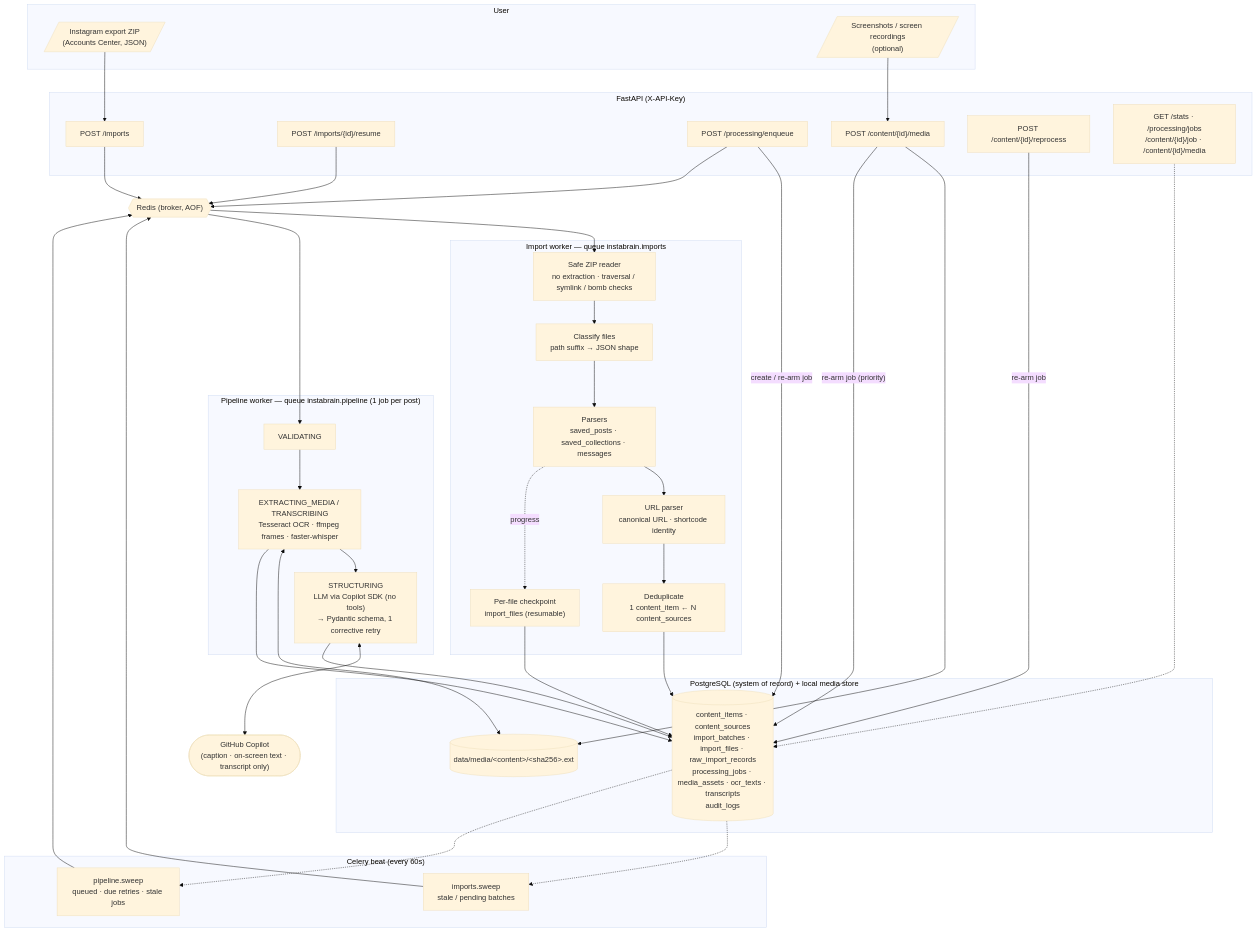
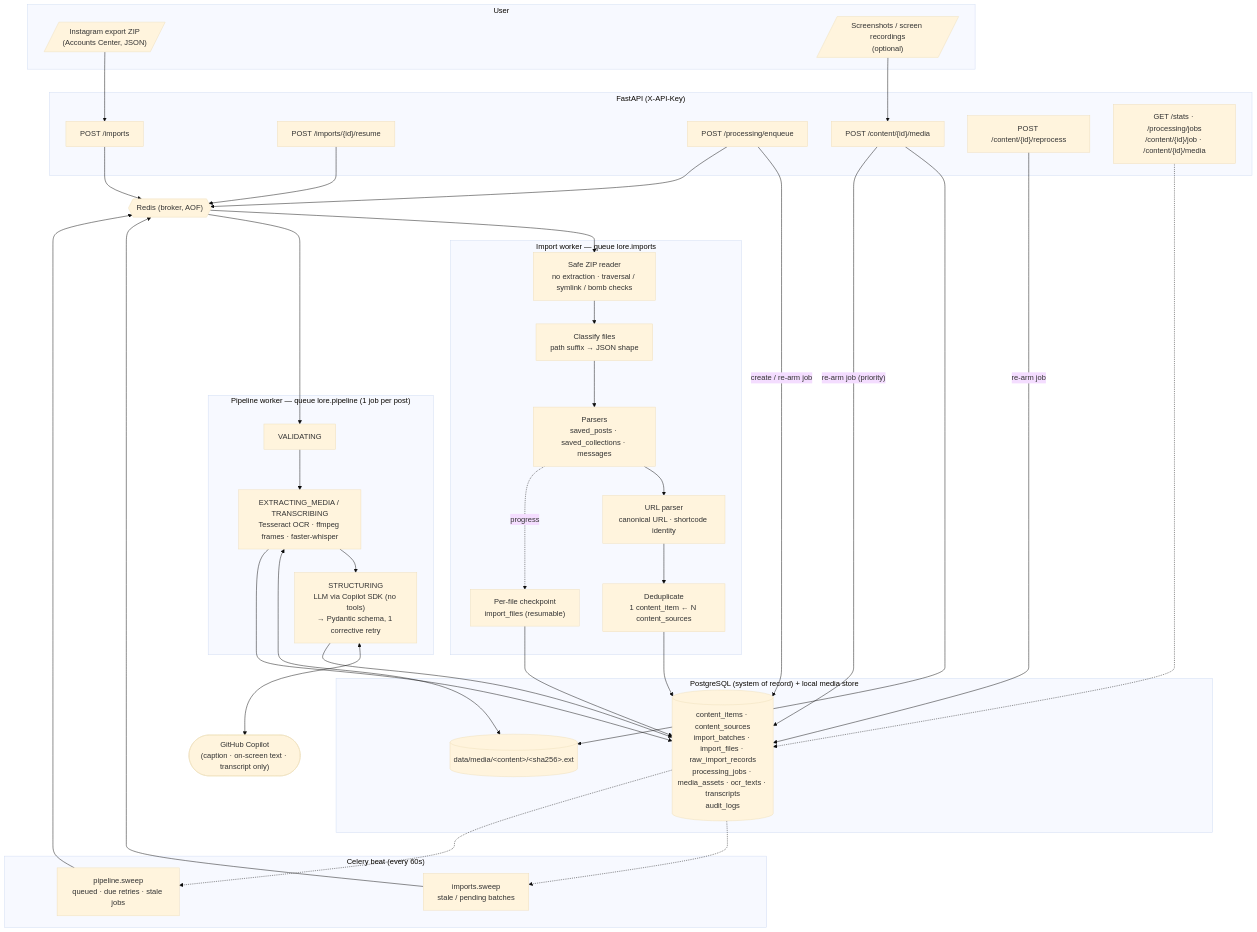
The first of 4 diagrams in docs/ARCHITECTURE.md (AnshikaG0219/lore), drawn with Mermaid (base theme) before and after one commit. The commit also changed other lines of this file and 28 other files, not shown here.

````diff
--- a/docs/ARCHITECTURE.md
+++ b/docs/ARCHITECTURE.md
@@ -11,65 +11,65 @@
 ```mermaid
 flowchart TD
     subgraph User
         ZIP[/"Instagram export ZIP<br/>(Accounts Center, JSON)"/]
         MEDIA[/"Screenshots / screen recordings<br/>(optional)"/]
     end
 
     subgraph API["FastAPI (X-API-Key)"]
         UP["POST /imports"]
         RES["POST /imports/{id}/resume"]
         ENQ["POST /processing/enqueue"]
         UPM["POST /content/{id}/media"]
         REP["POST /content/{id}/reprocess"]
         STATS["GET /stats · /processing/jobs<br/>/content/{id}/job · /content/{id}/media"]
     end
 
-    subgraph Import["Import worker — queue instabrain.imports"]
+    subgraph Import["Import worker — queue lore.imports"]
         SAFE["Safe ZIP reader<br/>no extraction · traversal / symlink / bomb checks"]
         DETECT["Classify files<br/>path suffix → JSON shape"]
         PARSE["Parsers<br/>saved_posts · saved_collections · messages"]
         URL["URL parser<br/>canonical URL · shortcode identity"]
         DEDUPE["Deduplicate<br/>1 content_item ← N content_sources"]
         CKPT["Per-file checkpoint<br/>import_files (resumable)"]
     end
 
-    subgraph Pipeline["Pipeline worker — queue instabrain.pipeline (1 job per post)"]
+    subgraph Pipeline["Pipeline worker — queue lore.pipeline (1 job per post)"]
         VAL["VALIDATING"]
         MED["EXTRACTING_MEDIA / TRANSCRIBING<br/>Tesseract OCR · ffmpeg frames · faster-whisper"]
         STR["STRUCTURING<br/>LLM via Copilot SDK (no tools)<br/>→ Pydantic schema, 1 corrective retry"]
     end
 
     subgraph Beat["Celery beat (every 60s)"]
         SWI["imports.sweep<br/>stale / pending batches"]
         SWP["pipeline.sweep<br/>queued · due retries · stale jobs"]
     end
 
     subgraph Store["PostgreSQL (system of record) + local media store"]
         DB[("content_items · content_sources<br/>import_batches · import_files · raw_import_records<br/>processing_jobs · media_assets · ocr_texts · transcripts<br/>audit_logs")]
         FS[("data/media/&lt;content&gt;/&lt;sha256&gt;.ext")]
     end
 
     REDIS{{"Redis (broker, AOF)"}}
     LLM(["GitHub Copilot<br/>(caption · on-screen text · transcript only)"])
 
     ZIP --> UP --> REDIS --> SAFE --> DETECT --> PARSE --> URL --> DEDUPE --> DB
     PARSE -. progress .-> CKPT --> DB
     RES --> REDIS
 
     ENQ -- "create / re-arm job" --> DB
     ENQ --> REDIS
     MEDIA --> UPM --> FS
     UPM -- "re-arm job (priority)" --> DB
     REP -- "re-arm job" --> DB
     REDIS --> VAL --> MED --> STR
     MED <--> FS
     MED --> DB
     STR <--> LLM
     STR --> DB
 
     SWI --> REDIS
     SWP --> REDIS
     DB -.-> SWI
     DB -.-> SWP
     STATS -.-> DB
 ```
````
